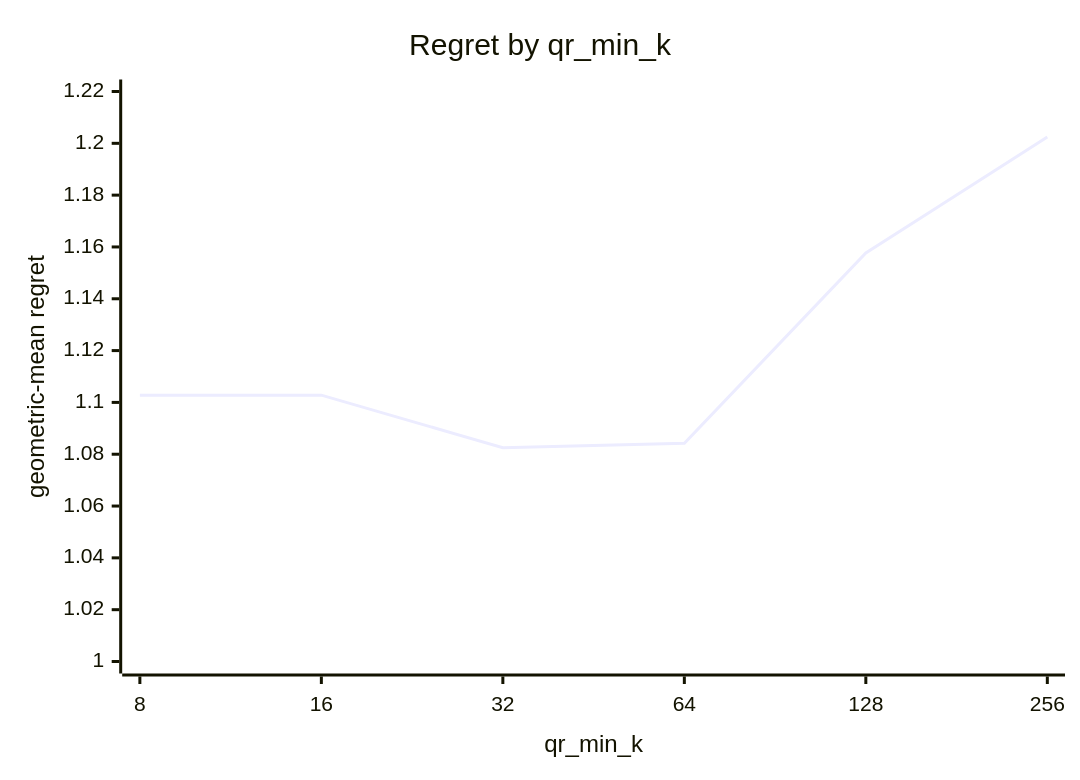
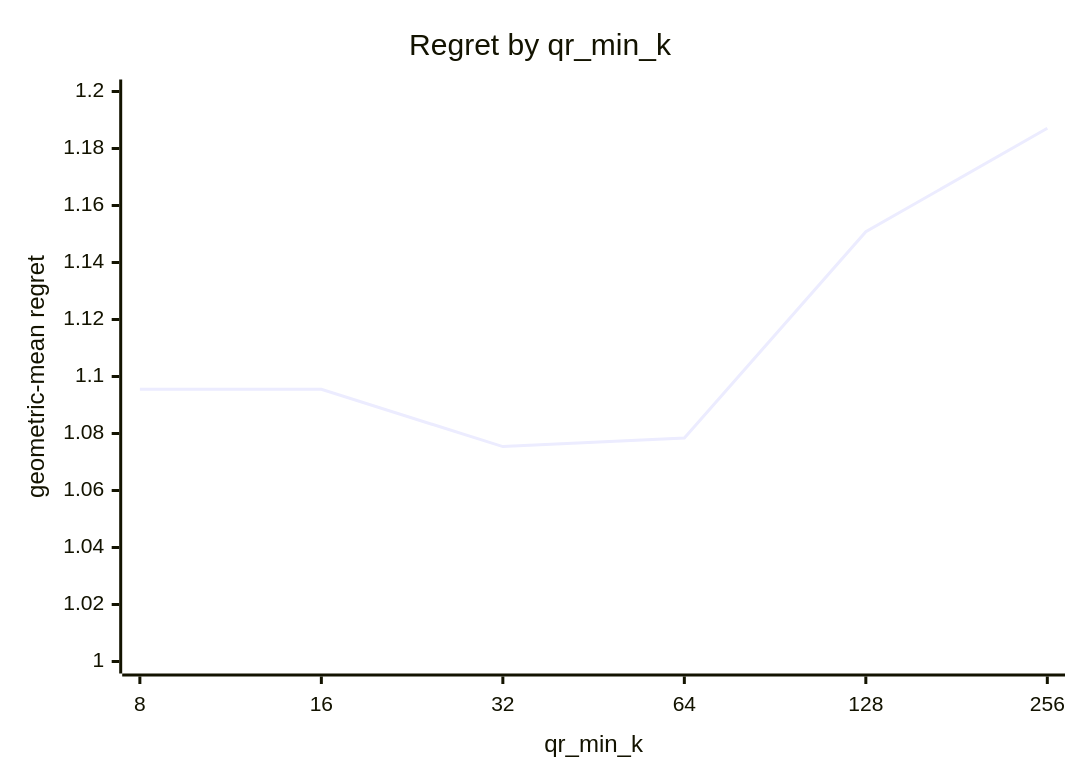
Before and after one commit to c0rmac/metal-linalg: the fifth of 8 diagrams in docs/results/apple-m5-pro-20gpu/combined/svd/report.md, drawn with Mermaid. The commit also changed other lines of this file and 9 other files, not shown here.

````diff
--- a/docs/results/apple-m5-pro-20gpu/combined/svd/report.md
+++ b/docs/results/apple-m5-pro-20gpu/combined/svd/report.md
@@ -104,7 +105,7 @@
 ```mermaid
 xychart-beta
     title "Regret by qr_min_k"
     x-axis "qr_min_k" [8, 16, 32, 64, 128, 256]
-    y-axis "geometric-mean regret" 1.0 --> 1.22
-    line [1.1028, 1.1028, 1.0825, 1.0842, 1.1577, 1.2024]
+    y-axis "geometric-mean regret" 1.0 --> 1.20
+    line [1.0955, 1.0955, 1.0754, 1.0784, 1.1508, 1.1871]
 ```
````
